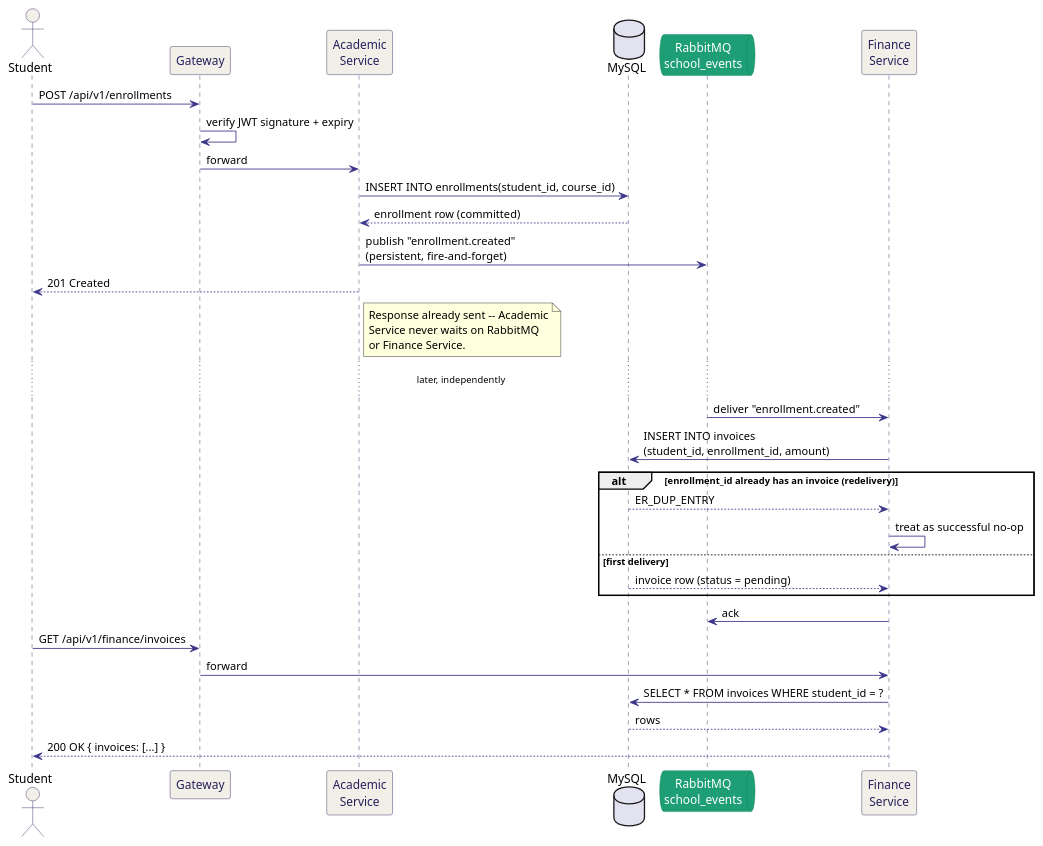
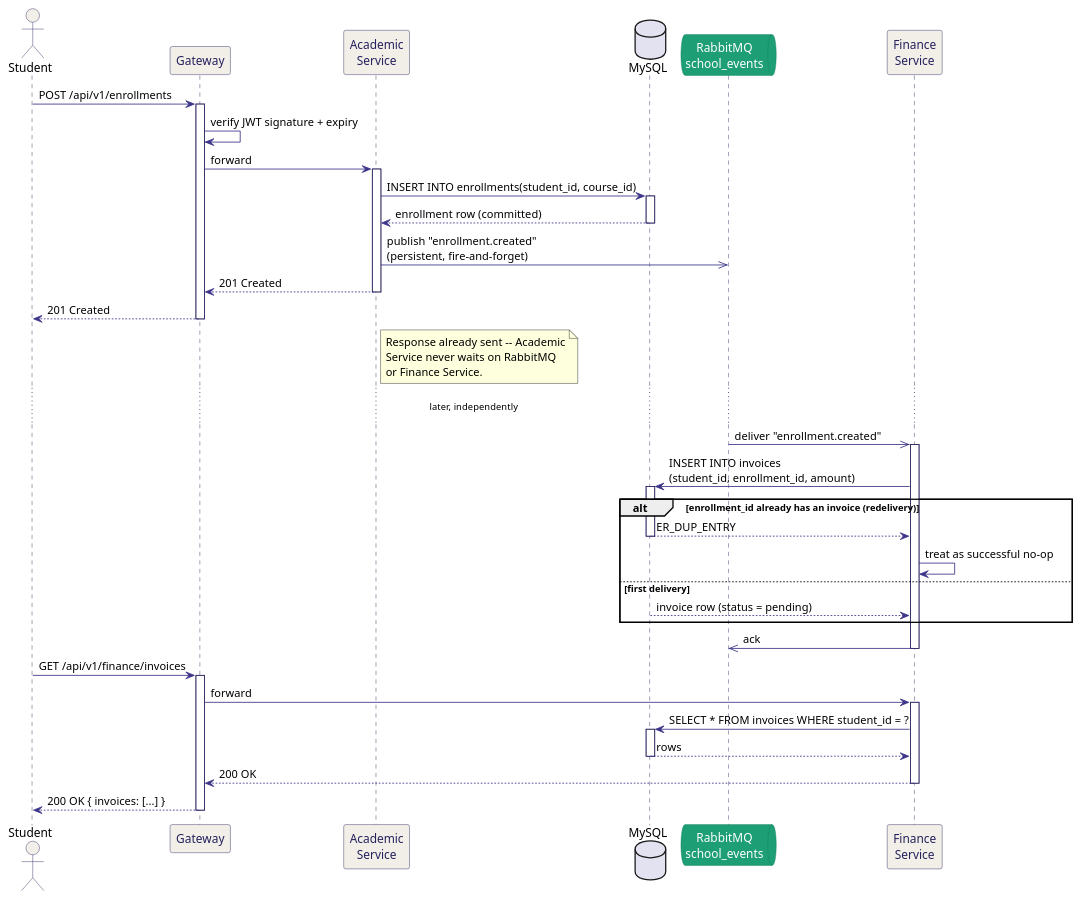
One commit to Suraku237/MarketFlow changed the diagram in documentation/figures/smartschool/04_seq_enrollment_invoice.puml. Above: the diagram before and after it, drawn with PlantUML. The commit also changed 18 other files, not shown here.

Commit message:
fixing the diagrams and arranging the documentation -----------

```diff
--- a/documentation/figures/smartschool/04_seq_enrollment_invoice.puml
+++ b/documentation/figures/smartschool/04_seq_enrollment_invoice.puml
@@ -1,57 +1,61 @@
 @startuml 04_seq_enrollment_invoice
 skinparam backgroundColor white
 skinparam shadowing false
 skinparam defaultFontName Helvetica
 skinparam sequence {
   ArrowColor #3C3489
   LifeLineBorderColor #26215C
   ParticipantBorderColor #26215C
   ParticipantBackgroundColor #F1EFE8
   ParticipantFontColor #26215C
   ActorBorderColor #26215C
   ActorBackgroundColor #F1EFE8
+  BoxBorderColor #26215C
 }
 skinparam queue {
   BackgroundColor #1D9E75
   BorderColor #17805F
   FontColor white
 }
 
 actor Student
 participant "Gateway" as GW
 participant "Academic\nService" as Academic
 database "MySQL" as DB
 queue "RabbitMQ\nschool_events" as MQ
 participant "Finance\nService" as Finance
 
-Student -> GW : POST /api/v1/enrollments
+Student -> GW ++ : POST /api/v1/enrollments
 GW -> GW : verify JWT signature + expiry
-GW -> Academic : forward
-Academic -> DB : INSERT INTO enrollments(student_id, course_id)
-DB --> Academic : enrollment row (committed)
-Academic -> MQ : publish "enrollment.created"\n(persistent, fire-and-forget)
-Academic --> Student : 201 Created
+GW -> Academic ++ : forward
+Academic -> DB ++ : INSERT INTO enrollments(student_id, course_id)
+DB --> Academic -- : enrollment row (committed)
+Academic ->> MQ : publish "enrollment.created"\n(persistent, fire-and-forget)
+Academic --> GW -- : 201 Created
+GW --> Student -- : 201 Created
 note right of Academic
   Response already sent -- Academic
   Service never waits on RabbitMQ
   or Finance Service.
 end note
 
 ...later, independently...
 
-MQ -> Finance : deliver "enrollment.created"
-Finance -> DB : INSERT INTO invoices\n(student_id, enrollment_id, amount)
+MQ ->> Finance ++ : deliver "enrollment.created"
+Finance -> DB ++ : INSERT INTO invoices\n(student_id, enrollment_id, amount)
 alt enrollment_id already has an invoice (redelivery)
-  DB --> Finance : ER_DUP_ENTRY
+  DB --> Finance -- : ER_DUP_ENTRY
   Finance -> Finance : treat as successful no-op
 else first delivery
-  DB --> Finance : invoice row (status = pending)
+  DB --> Finance -- : invoice row (status = pending)
 end
-Finance -> MQ : ack
+Finance ->> MQ : ack
+deactivate Finance
 
-Student -> GW : GET /api/v1/finance/invoices
-GW -> Finance : forward
-Finance -> DB : SELECT * FROM invoices WHERE student_id = ?
-DB --> Finance : rows
-Finance --> Student : 200 OK { invoices: [...] }
+Student -> GW ++ : GET /api/v1/finance/invoices
+GW -> Finance ++ : forward
+Finance -> DB ++ : SELECT * FROM invoices WHERE student_id = ?
+DB --> Finance -- : rows
+Finance --> GW -- : 200 OK
+GW --> Student -- : 200 OK { invoices: [...] }
 @enduml
```
